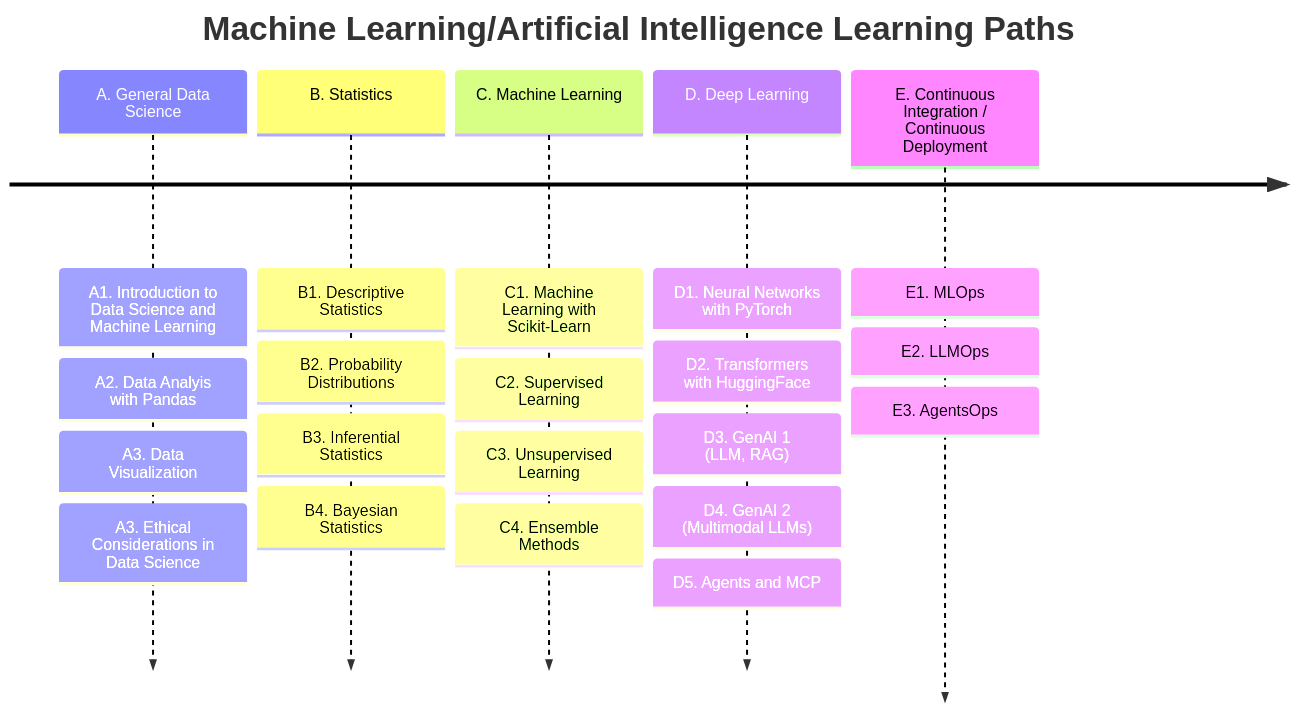
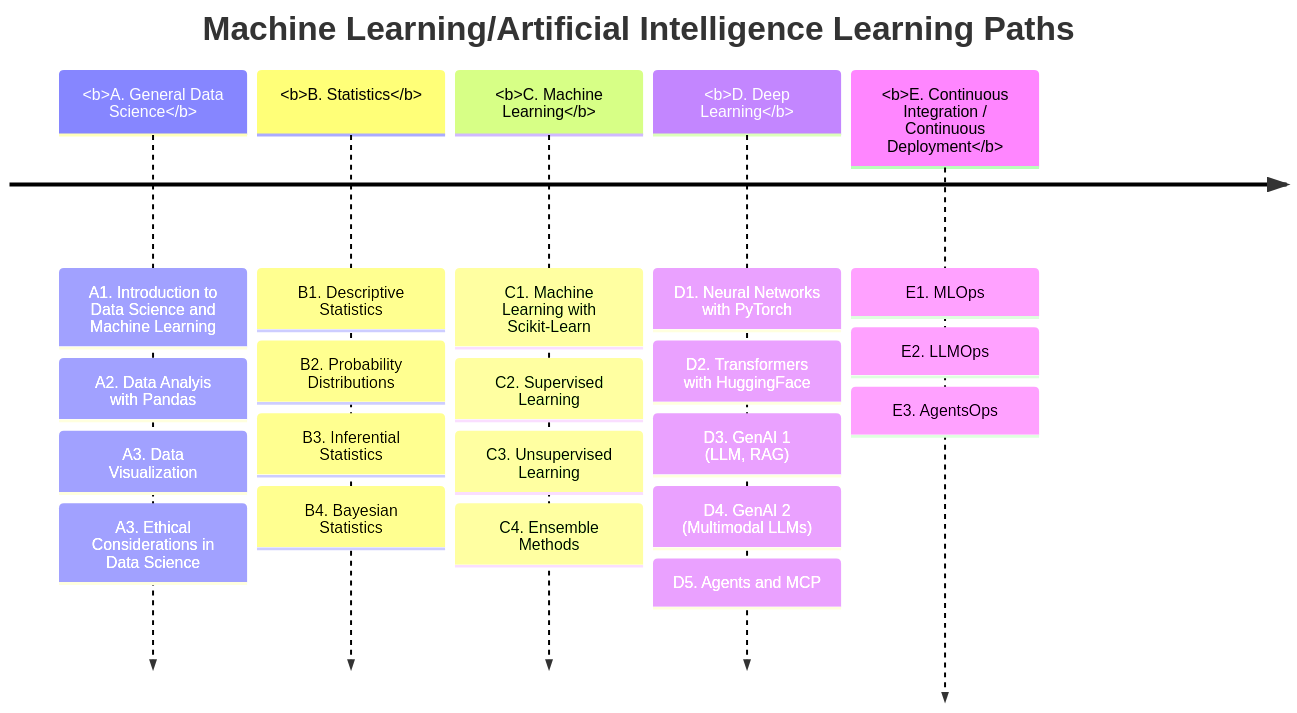
Before and after one commit to ua-datalab/ua-datalab.github.io: the diagram in docs/mlpaths_grids.md, drawn with Mermaid.

````diff
--- a/docs/mlpaths_grids.md
+++ b/docs/mlpaths_grids.md
@@ -10,25 +10,25 @@
 ```mermaid
 timeline
 
     title Machine Learning/Artificial Intelligence Learning Paths
-    A. General Data Science : A1. Introduction to Data Science and Machine Learning
+    <b>A. General Data Science</b> : A1. Introduction to Data Science and Machine Learning
     	    	 	     : A2. Data Analyis with Pandas
 			     : A3. Data Visualization
 			     : A3. Ethical Considerations in Data Science
-    B. Statistics : B1. Descriptive Statistics
+    <b>B. Statistics</b> : B1. Descriptive Statistics
                   : B2. Probability Distributions
 		  : B3. Inferential Statistics
 		  : B4. Bayesian Statistics
-    C. Machine Learning : C1. Machine Learning with Scikit-Learn
+    <b>C. Machine Learning</b> : C1. Machine Learning with Scikit-Learn
        	       		: C2. Supervised Learning
 	        	 : C3. Unsupervised Learning
 			 : C4. Ensemble Methods
-    D. Deep Learning : D1. Neural Networks with PyTorch
+    <b>D. Deep Learning</b> : D1. Neural Networks with PyTorch
 		    : D2. Transformers with HuggingFace
 		    : D3. GenAI 1 <br> (LLM, RAG) 
 		    : D4. GenAI 2 <br> (Multimodal LLMs)
 		    : D5. Agents and MCP
-    E. Continuous Integration / Continuous Deployment  : E1. MLOps
+    <b>E. Continuous Integration / Continuous Deployment</b>  : E1. MLOps
        		  	      		   	       : E2. LLMOps
 						       : E3. AgentsOps
 ```
````
